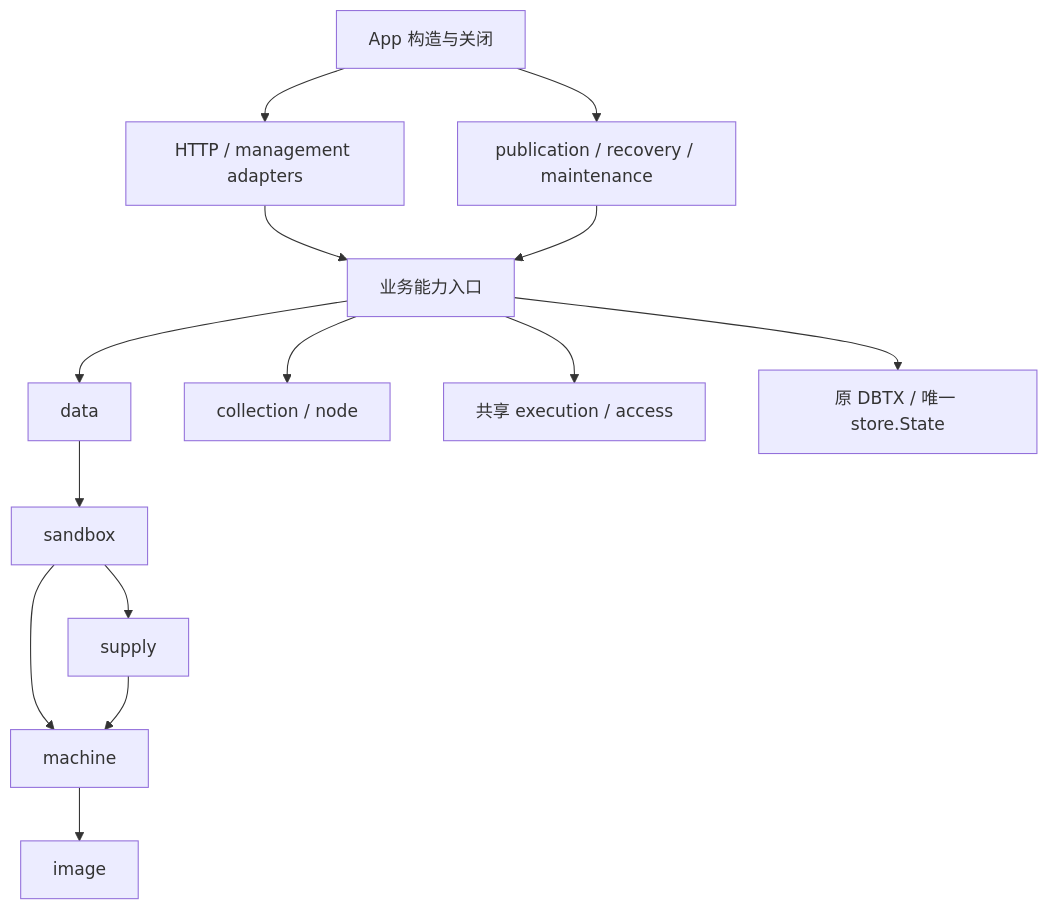
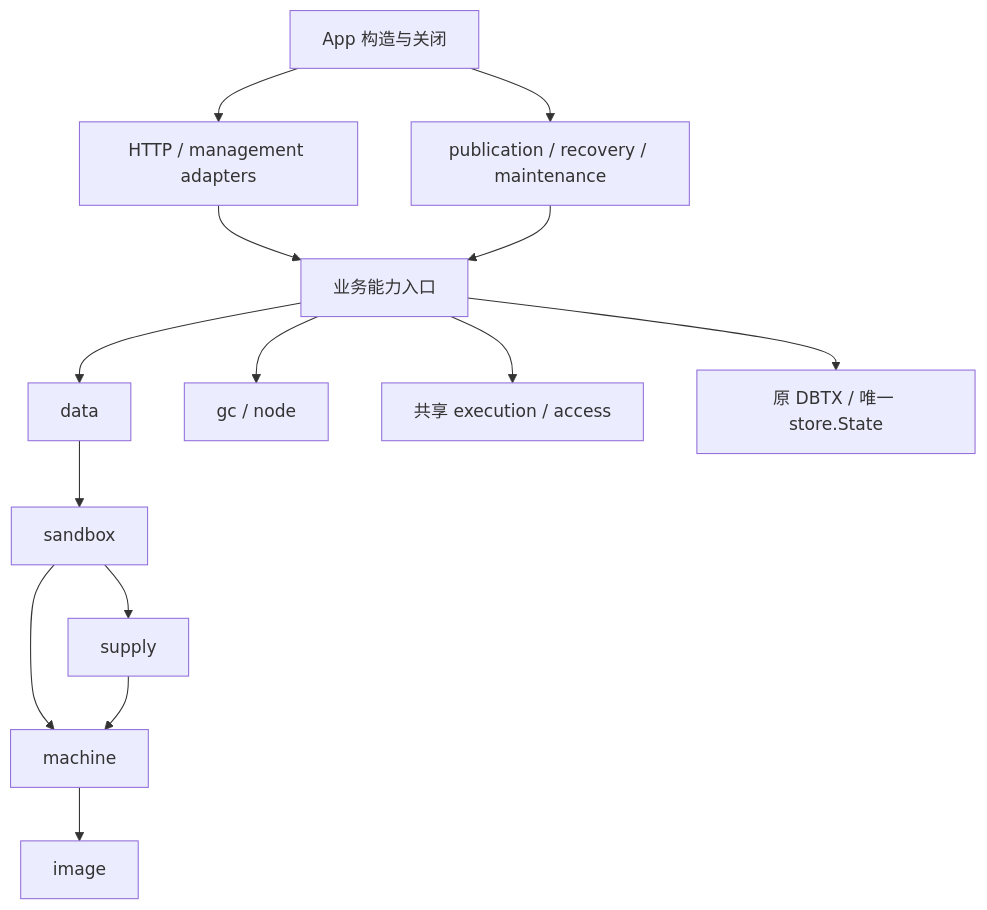
One commit to woxQAQ/sandbox-101 changed the second of 3 diagrams in docs/architecture.md. Above: the diagram before and after it, drawn with Mermaid. The commit also changed other lines of this file and 293 other files, not shown here.

````diff
--- a/docs/architecture.md
+++ b/docs/architecture.md
@@ -20,16 +20,16 @@
 ```mermaid
 flowchart TD
     App[App 构造与关闭] --> Controllers[HTTP / management adapters]
     App --> Composition[publication / recovery / maintenance]
     Controllers --> Capabilities[业务能力入口]
     Capabilities --> Data[data]
     Data --> Sandbox[sandbox]
     Sandbox --> Supply[supply]
     Sandbox --> Machine[machine]
     Supply --> Machine
     Machine --> Image[image]
-    Capabilities --> Collection[collection / node]
+    Capabilities --> GC[gc / node]
     Composition --> Capabilities
     Capabilities --> Shared[共享 execution / access]
     Capabilities --> Store[原 DBTX / 唯一 store.State]
 ```
````
